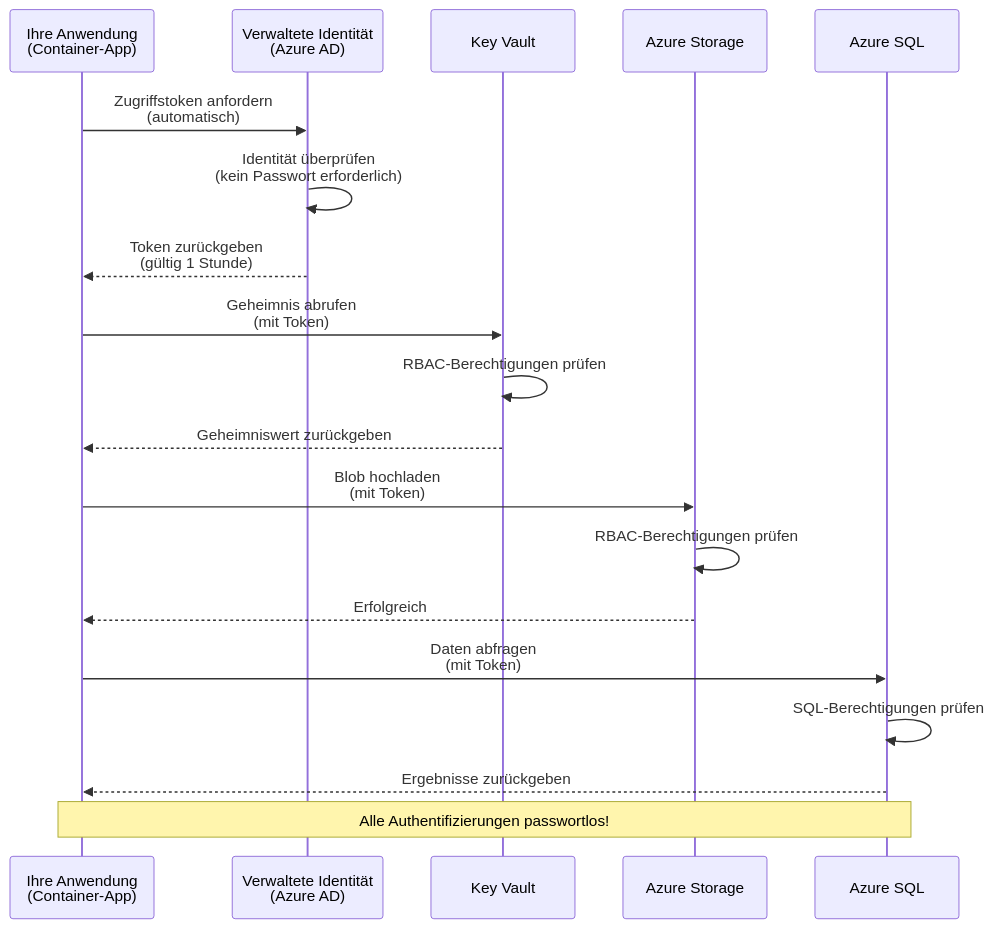
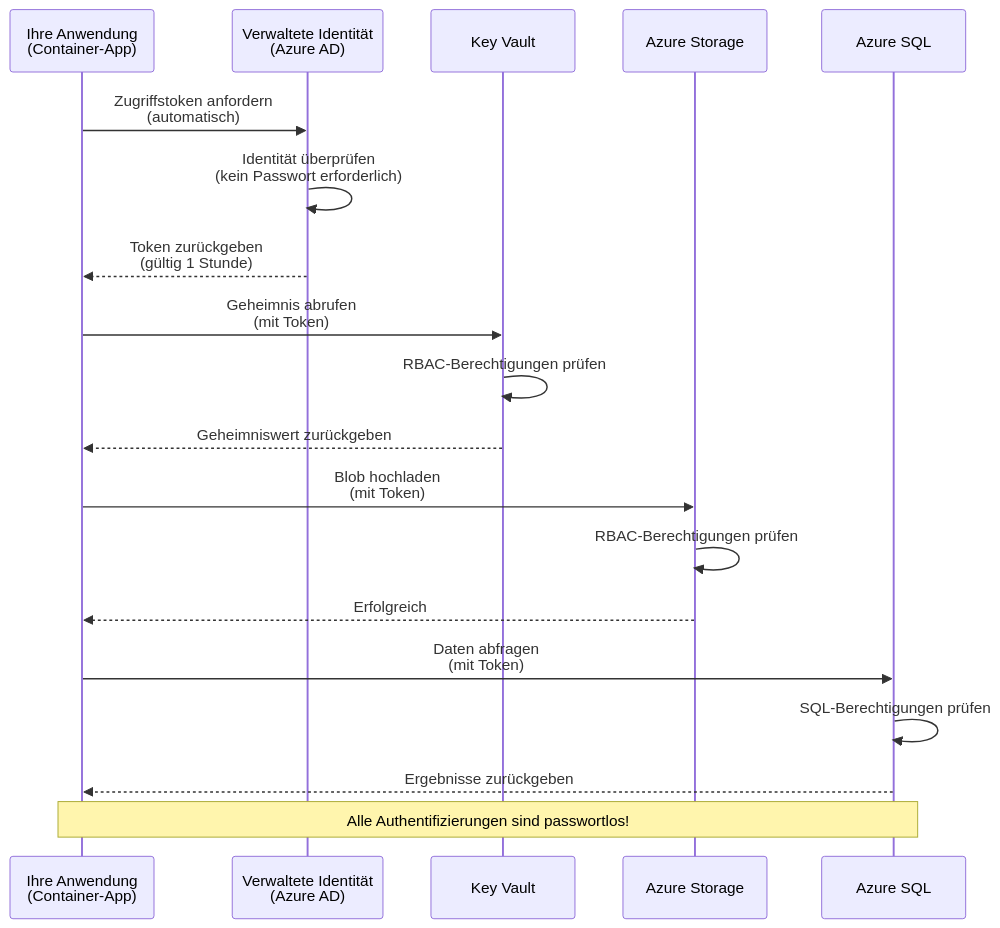
Before and after one commit to microsoft/AZD-for-beginners: the first of 2 diagrams in translations/de/docs/chapter-03-configuration/authsecurity.md, drawn with Mermaid. The commit also changed other lines of this file and 101 other files, not shown here.

````diff
--- a/translations/de/docs/chapter-03-configuration/authsecurity.md
+++ b/translations/de/docs/chapter-03-configuration/authsecurity.md
@@ -69,26 +69,26 @@
 ```mermaid
 sequenceDiagram
     participant App as Ihre Anwendung<br/>(Container-App)
     participant MI as Verwaltete Identität<br/>(Azure AD)
     participant KV as Key Vault
     participant Storage as Azure Storage
     participant DB as Azure SQL
     
     App->>MI: Zugriffstoken anfordern<br/>(automatisch)
     MI->>MI: Identität überprüfen<br/>(kein Passwort erforderlich)
     MI-->>App: Token zurückgeben<br/>(gültig 1 Stunde)
     
     App->>KV: Geheimnis abrufen<br/>(mit Token)
     KV->>KV: RBAC-Berechtigungen prüfen
     KV-->>App: Geheimniswert zurückgeben
     
     App->>Storage: Blob hochladen<br/>(mit Token)
     Storage->>Storage: RBAC-Berechtigungen prüfen
     Storage-->>App: Erfolgreich
     
     App->>DB: Daten abfragen<br/>(mit Token)
     DB->>DB: SQL-Berechtigungen prüfen
     DB-->>App: Ergebnisse zurückgeben
     
-    Note over App,DB: Alle Authentifizierungen passwortlos!
+    Note over App,DB: Alle Authentifizierungen sind passwortlos!
 ```
````
